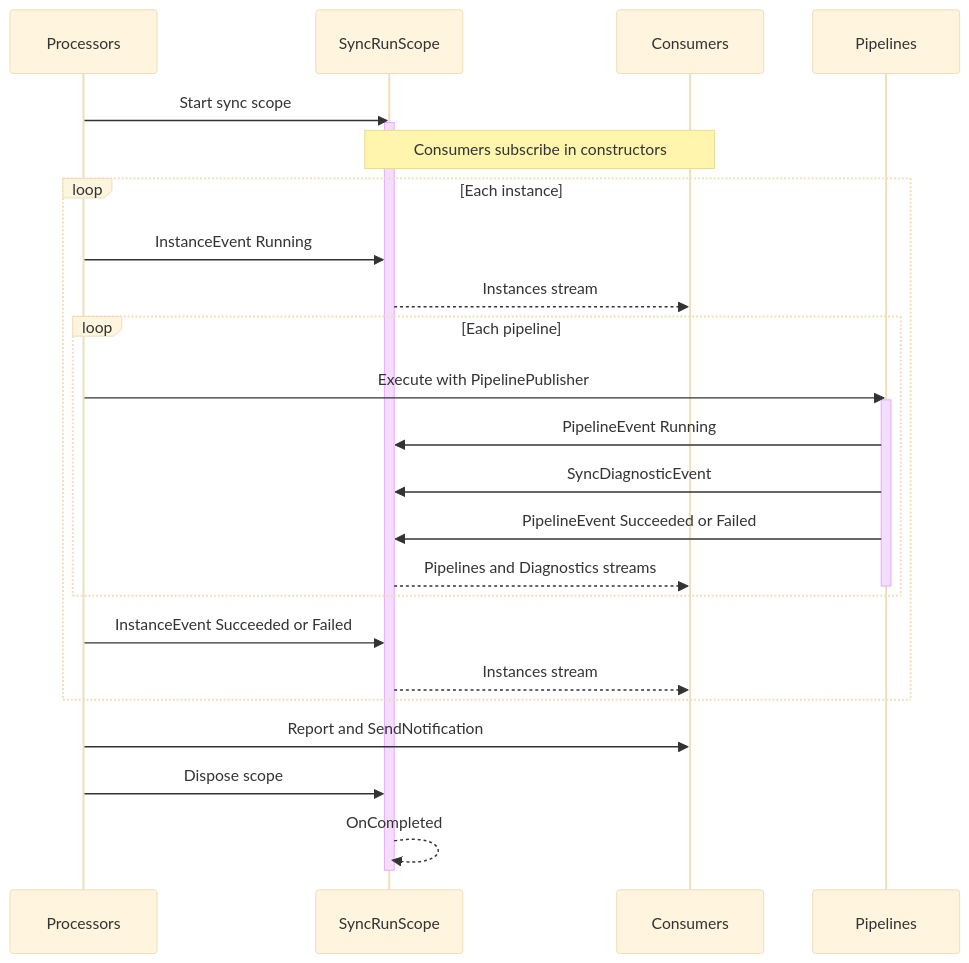
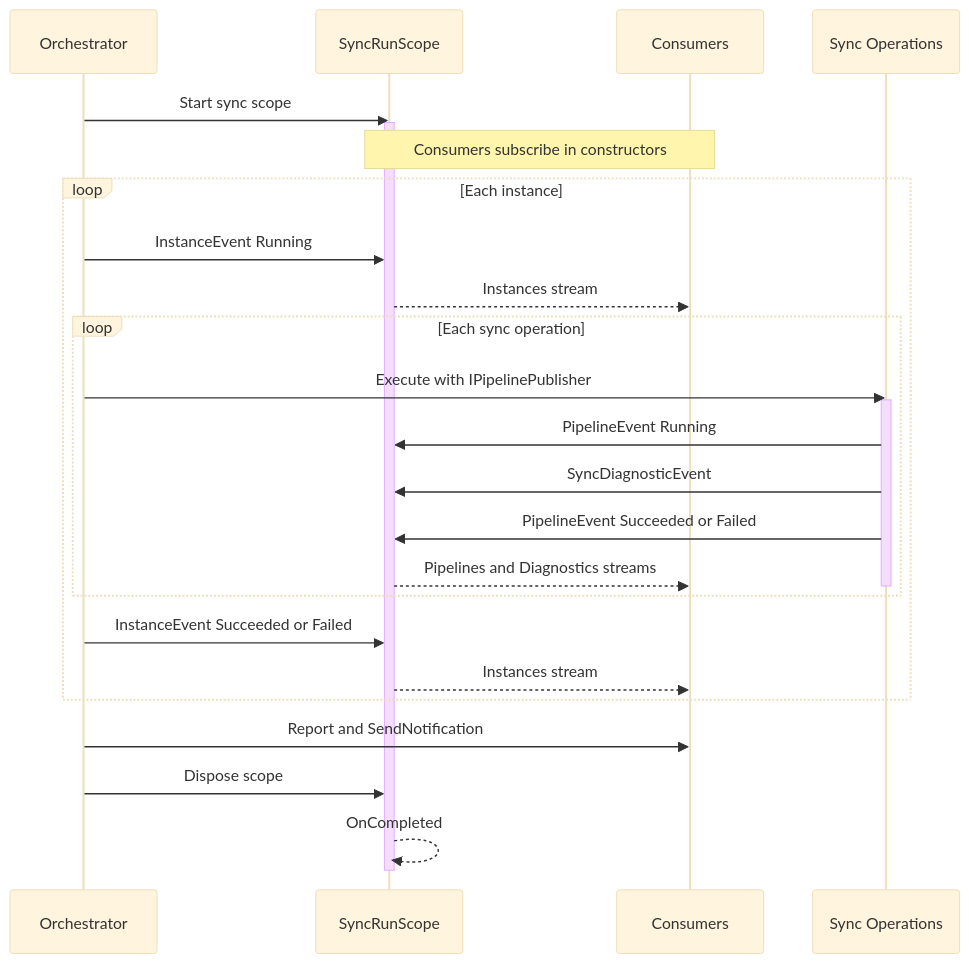
Before and after one commit to recyclarr/recyclarr: the diagram in docs/architecture/sync-event-system.md, drawn with Mermaid (base theme). The commit also changed other lines of this file and 513 other files, not shown here.

Commit message:
WIP: HTTP Server architecture for Recyclarr

````diff
--- a/docs/architecture/sync-event-system.md
+++ b/docs/architecture/sync-event-system.md
@@ -199,34 +170,34 @@
 ```mermaid
 sequenceDiagram
-    participant Proc as Processors
+    participant Orch as Orchestrator
     participant Hub as SyncRunScope
     participant Con as Consumers
-    participant Pipe as Pipelines
+    participant Op as Sync Operations
 
-    Proc->>Hub: Start sync scope
+    Orch->>Hub: Start sync scope
     activate Hub
     Note over Hub,Con: Consumers subscribe in constructors
 
     loop Each instance
-        Proc->>Hub: InstanceEvent Running
+        Orch->>Hub: InstanceEvent Running
         Hub-->>Con: Instances stream
 
-        loop Each pipeline
-            Proc->>Pipe: Execute with PipelinePublisher
-            activate Pipe
-            Pipe->>Hub: PipelineEvent Running
-            Pipe->>Hub: SyncDiagnosticEvent
-            Pipe->>Hub: PipelineEvent Succeeded or Failed
+        loop Each sync operation
+            Orch->>Op: Execute with IPipelinePublisher
+            activate Op
+            Op->>Hub: PipelineEvent Running
+            Op->>Hub: SyncDiagnosticEvent
+            Op->>Hub: PipelineEvent Succeeded or Failed
             Hub-->>Con: Pipelines and Diagnostics streams
-            deactivate Pipe
+            deactivate Op
         end
 
-        Proc->>Hub: InstanceEvent Succeeded or Failed
+        Orch->>Hub: InstanceEvent Succeeded or Failed
         Hub-->>Con: Instances stream
     end
 
-    Proc->>Con: Report and SendNotification
-    Proc->>Hub: Dispose scope
+    Orch->>Con: Report and SendNotification
+    Orch->>Hub: Dispose scope
     Hub-->>Hub: OnCompleted
     deactivate Hub
 ```
````
